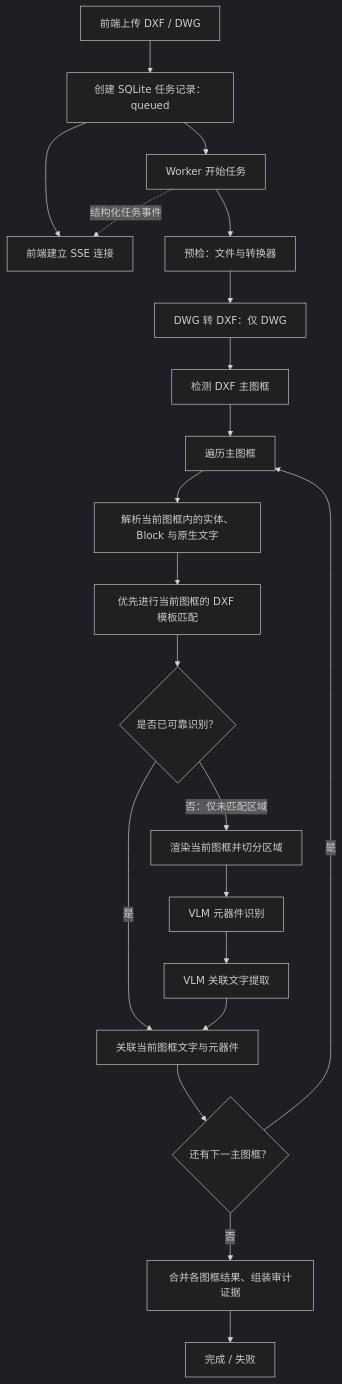
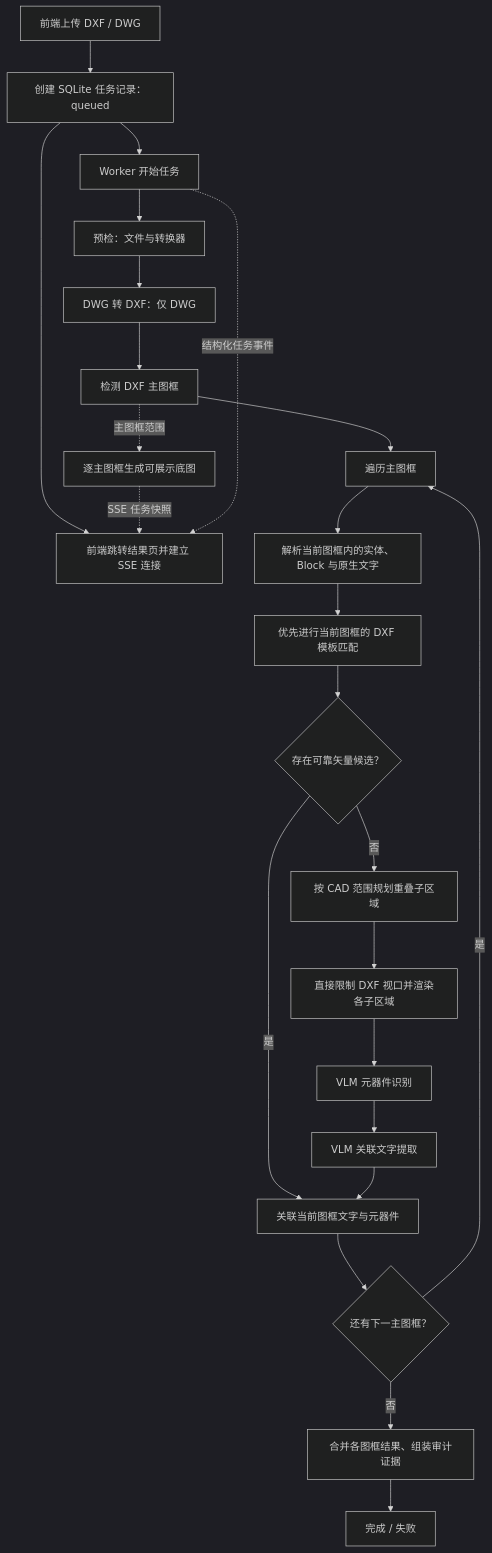
Before and after one commit to iawen/cad-recognition: the diagram in docs/任务流与前端实时进度反馈.md, drawn with Mermaid (dark theme). The commit also changed other lines of this file and 11 other files, not shown here.

Commit message:
调整前端，通过SSE，逐步显示 按主框图 识别的结果

````diff
--- a/docs/任务流与前端实时进度反馈.md
+++ b/docs/任务流与前端实时进度反馈.md
@@ -7,23 +7,26 @@
 ```mermaid
 flowchart TD
     A[前端上传 DXF / DWG] --> B[创建 SQLite 任务记录：queued]
-    B --> C[前端建立 SSE 连接]
+    B --> C[前端跳转结果页并建立 SSE 连接]
     B --> D[Worker 开始任务]
     D --> E[预检：文件与转换器]
     E --> F[DWG 转 DXF：仅 DWG]
     F --> G[检测 DXF 主图框]
     G --> H[遍历主图框]
     H --> I[解析当前图框内的实体、Block 与原生文字]
     I --> J[优先进行当前图框的 DXF 模板匹配]
-    J --> K{是否已可靠识别？}
-    K -->|否：仅未匹配区域| L[渲染当前图框并切分区域]
-    L --> M[VLM 元器件识别]
-    M --> N[VLM 关联文字提取]
-    K -->|是| O[关联当前图框文字与元器件]
-    N --> O
-    O --> P{还有下一主图框？}
-    P -->|是| H
-    P -->|否| Q[合并各图框结果、组装审计证据]
-    Q --> R[完成 / 失败]
+    J --> K{存在可靠矢量候选？}
+    K -->|否| L[按 CAD 范围规划重叠子区域]
+    L --> M[直接限制 DXF 视口并渲染各子区域]
+    M --> N[VLM 元器件识别]
+    N --> O[VLM 关联文字提取]
+    K -->|是| P[关联当前图框文字与元器件]
+    O --> P
+    P --> Q{还有下一主图框？}
+    Q -->|是| H
+    Q -->|否| R[合并各图框结果、组装审计证据]
+    R --> S[完成 / 失败]
+    G -.主图框范围.-> T[逐主图框生成可展示底图]
+    T -.SSE 任务快照.-> C
     D -.结构化任务事件.-> C
 ```
````
